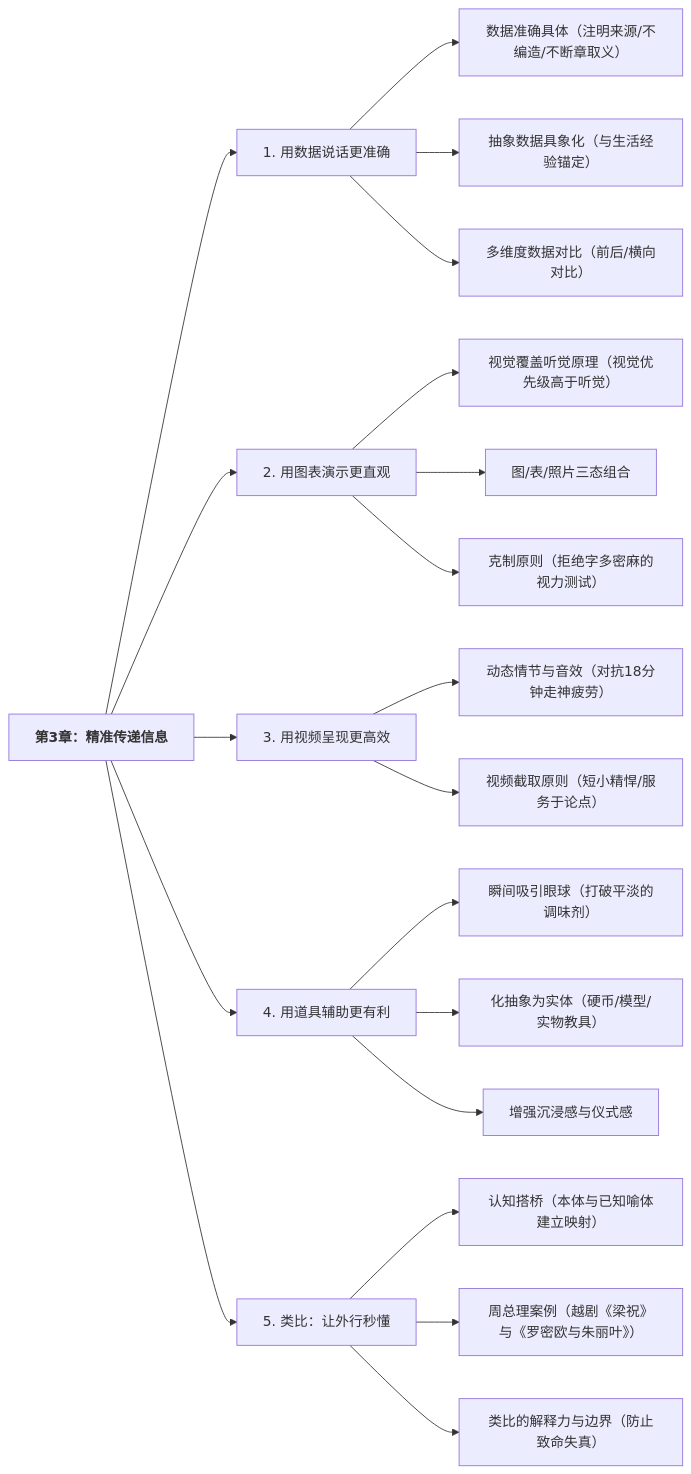
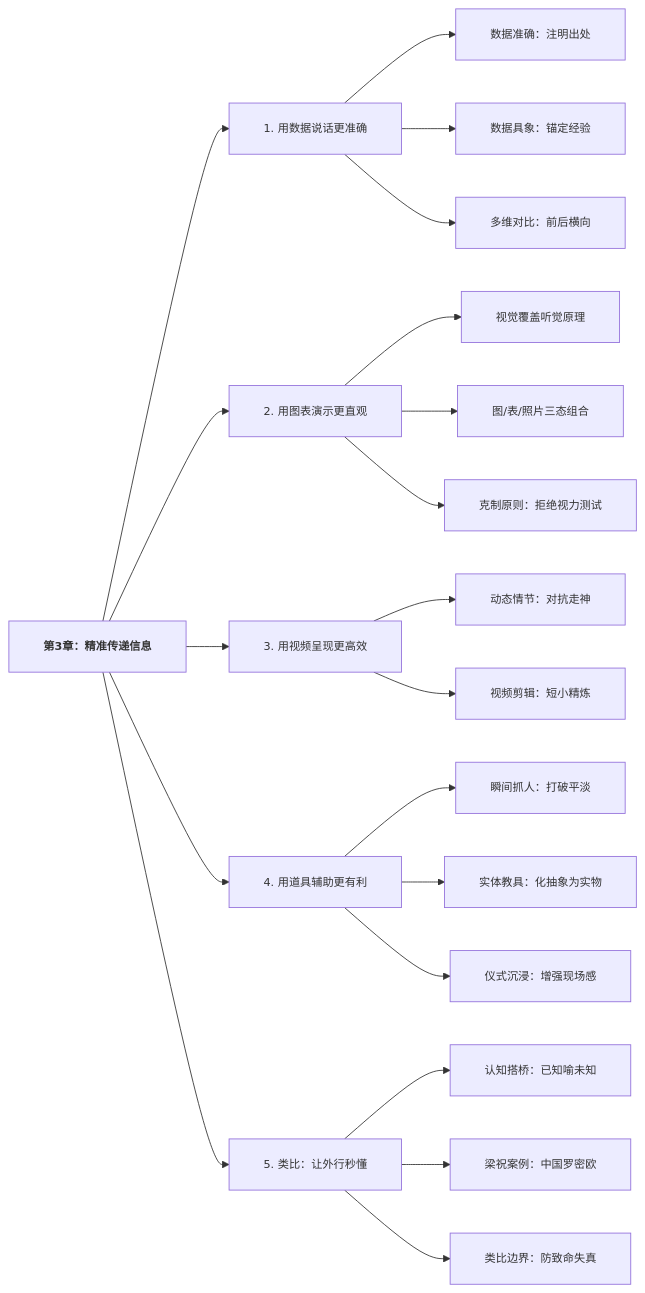
The diagram in reading/成为讲书人-ch03.md (MoonLightTe/bookReadingNote), drawn with Mermaid before and after one commit. The commit also changed other lines of this file and 6 other files, not shown here.

````diff
--- a/reading/成为讲书人-ch03.md
+++ b/reading/成为讲书人-ch03.md
@@ -12,27 +13,28 @@
 ```mermaid
+%%{init: {'flowchart': {'htmlLabels': true, 'wrappingWidth': 300, 'padding': 20}, 'themeVariables': {'fontSize': '13px', 'fontFamily': 'PingFang SC, sans-serif'}}}%%
 graph LR
     root["<b>第3章：精准传递信息</b>"] --> N1["1. 用数据说话更准确"]
     root --> N2["2. 用图表演示更直观"]
     root --> N3["3. 用视频呈现更高效"]
     root --> N4["4. 用道具辅助更有利"]
     root --> N5["5. 类比：让外行秒懂"]
 
-    N1 --> N1_1["数据准确具体（注明来源/不编造/不断章取义）"]
-    N1 --> N1_2["抽象数据具象化（与生活经验锚定）"]
-    N1 --> N1_3["多维度数据对比（前后/横向对比）"]
+    N1 --> N1_1["数据准确：注明出处"]
+    N1 --> N1_2["数据具象：锚定经验"]
+    N1 --> N1_3["多维对比：前后横向"]
 
-    N2 --> N2_1["视觉覆盖听觉原理（视觉优先级高于听觉）"]
+    N2 --> N2_1["视觉覆盖听觉原理"]
     N2 --> N2_2["图/表/照片三态组合"]
-    N2 --> N2_3["克制原则（拒绝字多密麻的视力测试）"]
+    N2 --> N2_3["克制原则：拒绝视力测试"]
 
-    N3 --> N3_1["动态情节与音效（对抗18分钟走神疲劳）"]
-    N3 --> N3_2["视频截取原则（短小精悍/服务于论点）"]
+    N3 --> N3_1["动态情节：对抗走神"]
+    N3 --> N3_2["视频剪辑：短小精炼"]
 
-    N4 --> N4_1["瞬间吸引眼球（打破平淡的调味剂）"]
-    N4 --> N4_2["化抽象为实体（硬币/模型/实物教具）"]
-    N4 --> N4_3["增强沉浸感与仪式感"]
+    N4 --> N4_1["瞬间抓人：打破平淡"]
+    N4 --> N4_2["实体教具：化抽象为实物"]
+    N4 --> N4_3["仪式沉浸：增强现场感"]
 
-    N5 --> N5_1["认知搭桥（本体与已知喻体建立映射）"]
-    N5 --> N5_2["周总理案例（越剧《梁祝》与《罗密欧与朱丽叶》）"]
-    N5 --> N5_3["类比的解释力与边界（防止致命失真）"]
+    N5 --> N5_1["认知搭桥：已知喻未知"]
+    N5 --> N5_2["梁祝案例：中国罗密欧"]
+    N5 --> N5_3["类比边界：防致命失真"]
 ```
````
